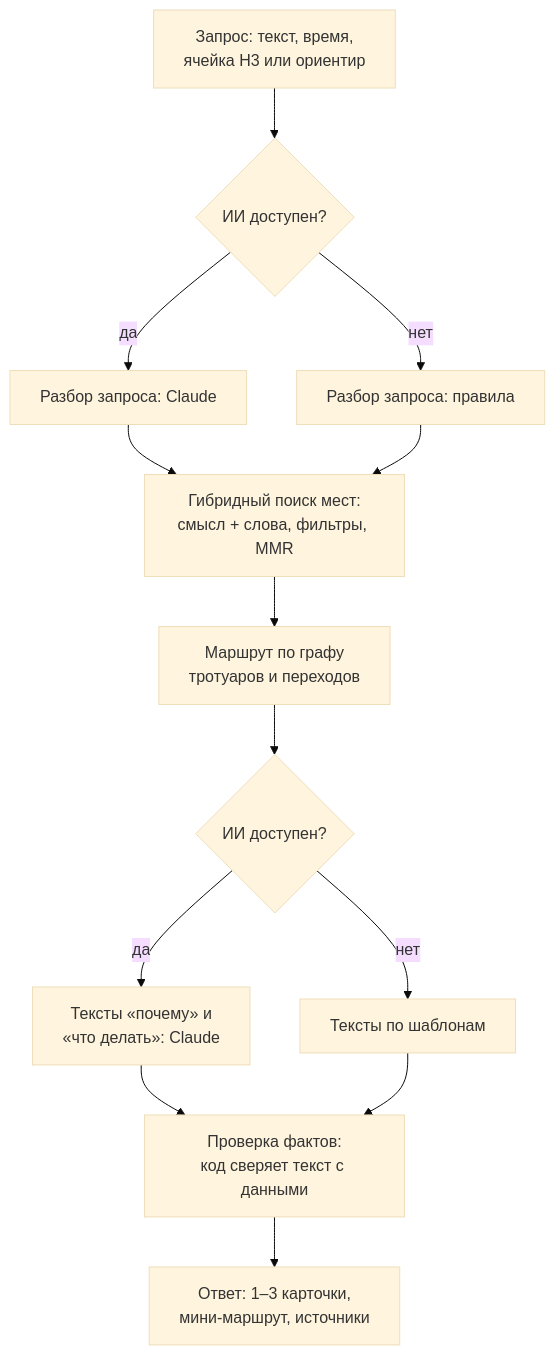
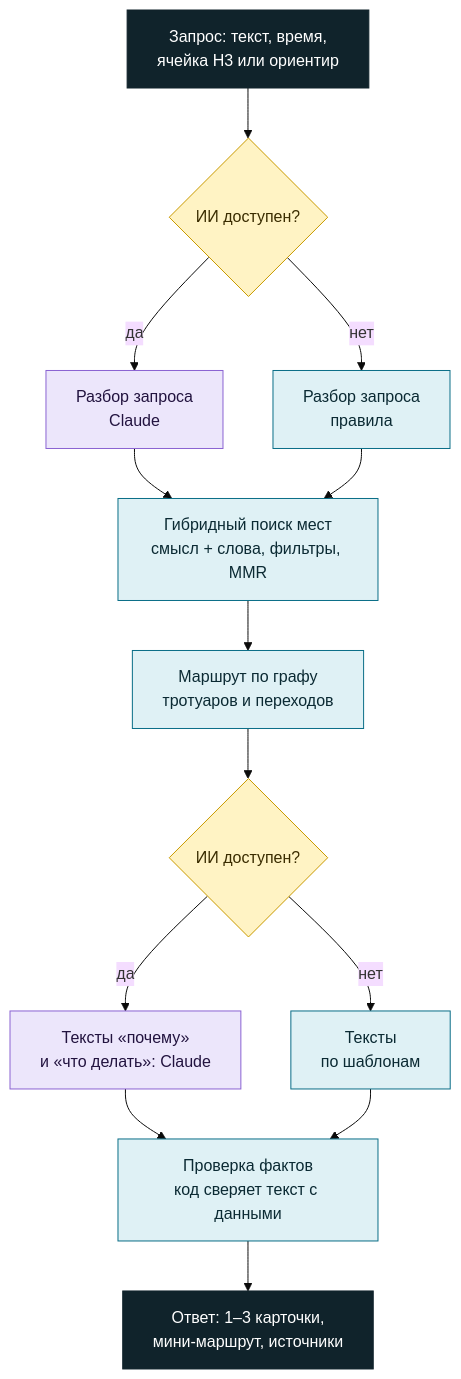
The first of 2 diagrams in README.md (Batyrkhan121/Hacathon-Build-with-AI-), drawn with Mermaid (base theme) before and after one commit. The commit also changed other lines of this file and 29 other files, not shown here.

Commit message:
docs: README v2 — hero banner, result badges, navigation, demo GIF, 8 phone mockups in a 2×4 grid, three-language gallery, coloured Mermaid diagrams (flow and privacy), quality and stack tables, collapsible run / structure / all screenshots, dark-theme logo; raw screenshots in docs/img/screens

````diff
--- a/README.md
+++ b/README.md
@@ -69,15 +125,19 @@
 ```mermaid
 flowchart TD
-    Q["Запрос: текст, время,<br/>ячейка H3 или ориентир"] --> AI1{"ИИ доступен?"}
-    AI1 -- да --> P1["Разбор запроса: Claude"]
-    AI1 -- нет --> P2["Разбор запроса: правила"]
-    P1 --> S["Гибридный поиск мест:<br/>смысл + слова, фильтры, MMR"]
+    Q["Запрос: текст, время,<br/>ячейка H3 или ориентир"]:::io --> AI1{"ИИ доступен?"}:::ask
+    AI1 -- да --> P1["Разбор запроса<br/>Claude"]:::ai
+    AI1 -- нет --> P2["Разбор запроса<br/>правила"]:::code
+    P1 --> S["Гибридный поиск мест<br/>смысл + слова, фильтры, MMR"]:::code
     P2 --> S
-    S --> R["Маршрут по графу<br/>тротуаров и переходов"]
-    R --> AI2{"ИИ доступен?"}
-    AI2 -- да --> T1["Тексты «почему» и<br/>«что делать»: Claude"]
-    AI2 -- нет --> T2["Тексты по шаблонам"]
-    T1 --> V["Проверка фактов:<br/>код сверяет текст с данными"]
+    S --> R["Маршрут по графу<br/>тротуаров и переходов"]:::code
+    R --> AI2{"ИИ доступен?"}:::ask
+    AI2 -- да --> T1["Тексты «почему»<br/>и «что делать»: Claude"]:::ai
+    AI2 -- нет --> T2["Тексты<br/>по шаблонам"]:::code
+    T1 --> V["Проверка фактов<br/>код сверяет текст с данными"]:::code
     T2 --> V
-    V --> A["Ответ: 1–3 карточки,<br/>мини-маршрут, источники"]
+    V --> A["Ответ: 1–3 карточки,<br/>мини-маршрут, источники"]:::io
+    classDef io fill:#10232b,stroke:#10232b,color:#ffffff
+    classDef code fill:#dff1f5,stroke:#0a6e87,color:#0b2a33
+    classDef ai fill:#ece6fb,stroke:#8a63d2,color:#22133f
+    classDef ask fill:#fff3c4,stroke:#c99a00,color:#3a2c00
 ```
````
